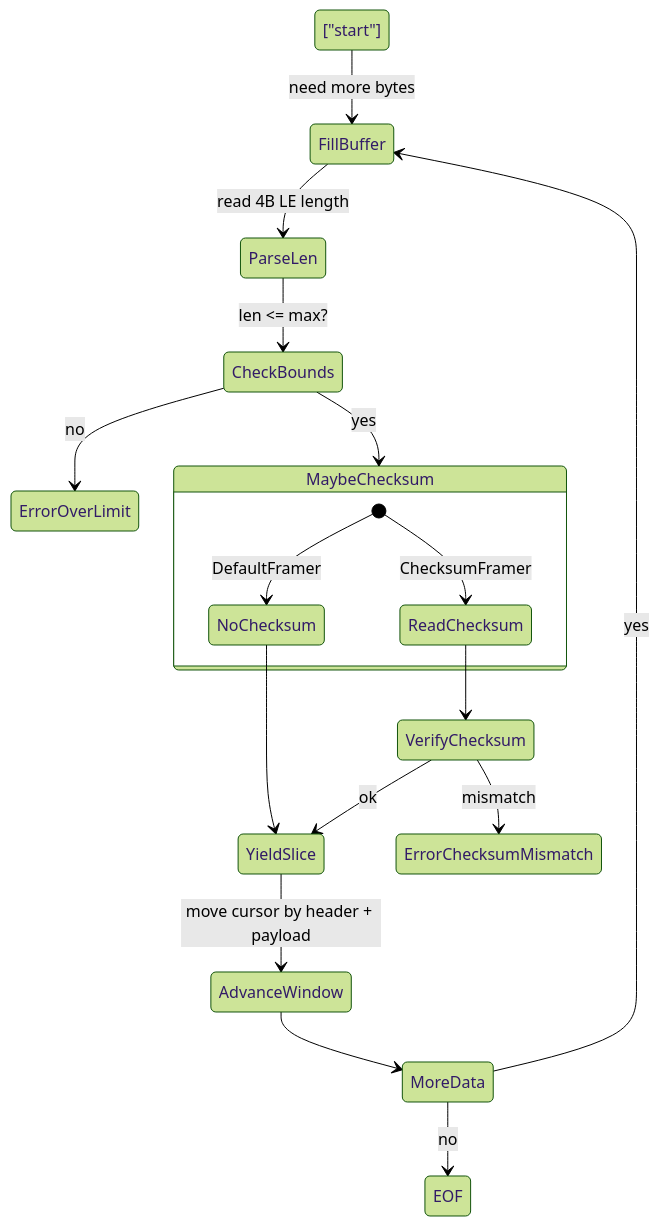
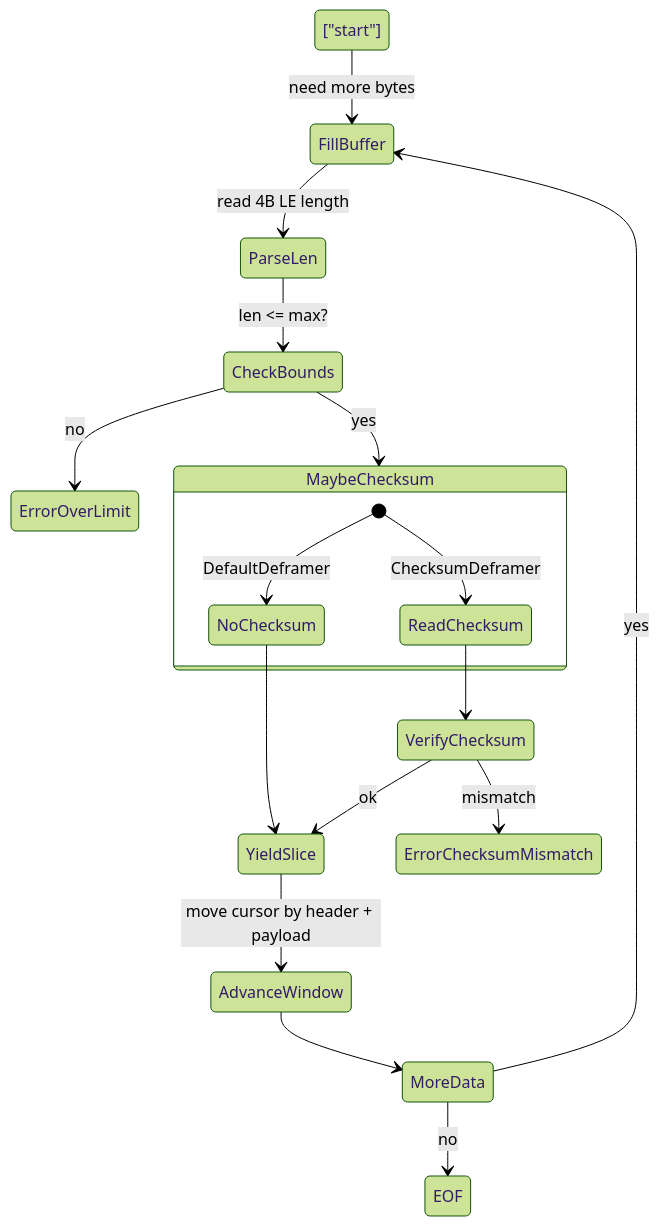
One commit to dallasmarlow/flatstream-rs changed the second of 2 diagrams in docs/WIRE_FORMAT_SPEC.md. Above: the diagram before and after it, drawn with Mermaid (forest theme). The commit also changed other lines of this file and 81 other files, not shown here.

````diff
--- a/docs/WIRE_FORMAT_SPEC.md
+++ b/docs/WIRE_FORMAT_SPEC.md
@@ -72,20 +80,20 @@
 ```mermaid
 stateDiagram-v2
   ["start"] --> FillBuffer: need more bytes
   FillBuffer --> ParseLen: read 4B LE length
   ParseLen --> CheckBounds: len <= max?
   CheckBounds --> ErrorOverLimit: no
   CheckBounds --> MaybeChecksum: yes
   state MaybeChecksum {
-    [*] --> NoChecksum: DefaultFramer
-    [*] --> ReadChecksum: ChecksumFramer<T>
+    [*] --> NoChecksum: DefaultDeframer
+    [*] --> ReadChecksum: ChecksumDeframer<T>
   }
   NoChecksum --> YieldSlice
   ReadChecksum --> VerifyChecksum
   VerifyChecksum --> ErrorChecksumMismatch: mismatch
   VerifyChecksum --> YieldSlice: ok
   YieldSlice --> AdvanceWindow: move cursor by header + payload
   AdvanceWindow --> MoreData
   MoreData --> FillBuffer: yes
   MoreData --> EOF: no
 ```
````
